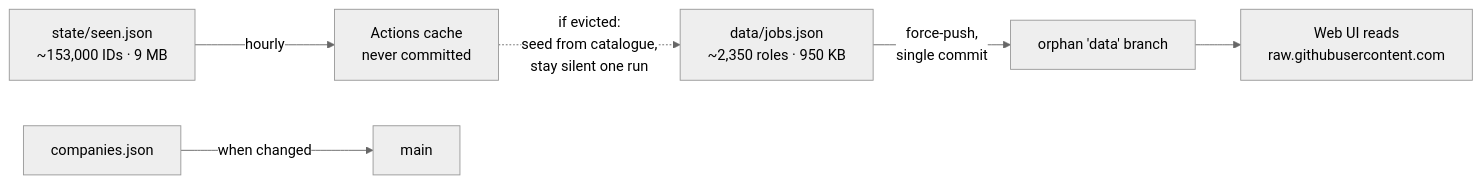
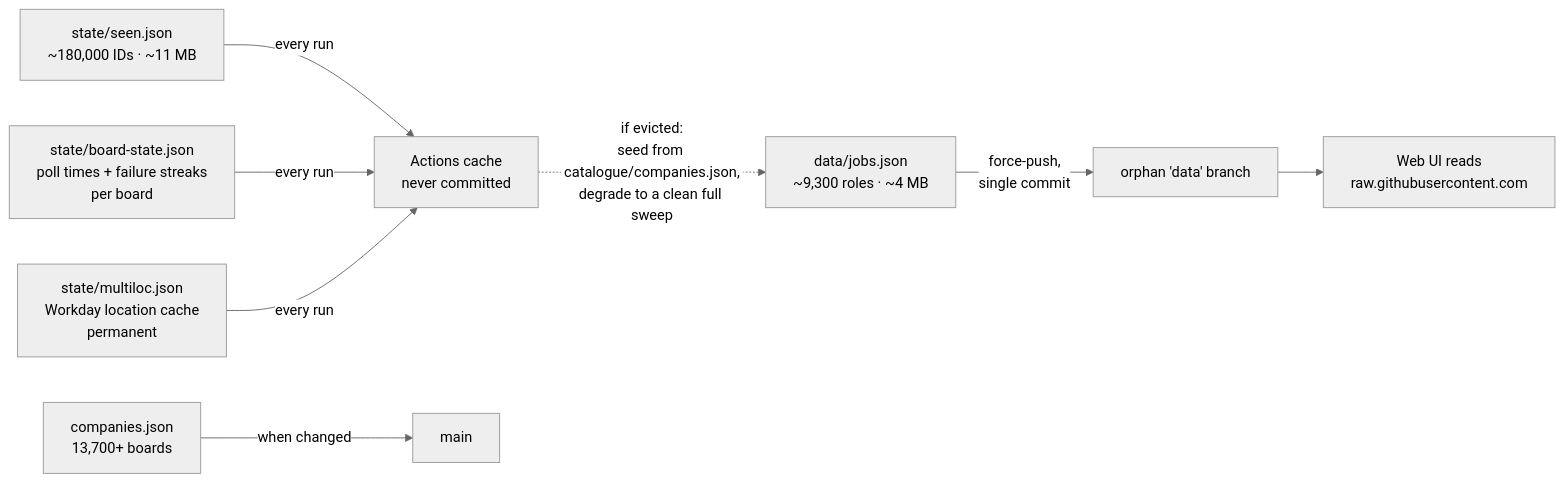
Before and after one commit to smresponsibilities/jobscraper_hourly: the third of 4 diagrams in ARCHITECTURE.md, drawn with Mermaid (neutral theme). The commit also changed other lines of this file and 3 other files, not shown here.

````diff
--- a/ARCHITECTURE.md
+++ b/ARCHITECTURE.md
@@ -141,8 +175,10 @@
 ```mermaid
 flowchart LR
-    A["state/seen.json<br/>~153,000 IDs · 9 MB"] -->|"hourly"| B["Actions cache<br/>never committed"]
-    C["data/jobs.json<br/>~2,350 roles · 950 KB"] -->|"force-push,<br/>single commit"| D["orphan 'data' branch"]
-    E["companies.json"] -->|"when changed"| F["main"]
+    A["state/seen.json<br/>~180,000 IDs · ~11 MB"] -->|"every run"| B["Actions cache<br/>never committed"]
+    A2["state/board-state.json<br/>poll times + failure streaks<br/>per board"] -->|"every run"| B
+    A3["state/multiloc.json<br/>Workday location cache<br/>permanent"] -->|"every run"| B
+    C["data/jobs.json<br/>~9,300 roles · ~4 MB"] -->|"force-push,<br/>single commit"| D["orphan 'data' branch"]
+    E["companies.json<br/>13,700+ boards"] -->|"when changed"| F["main"]
     D --> G["Web UI reads<br/>raw.githubusercontent.com"]
-    B -.->|"if evicted:<br/>seed from catalogue,<br/>stay silent one run"| C
+    B -.->|"if evicted:<br/>seed from catalogue/companies.json,<br/>degrade to a clean full sweep"| C
 ```
````
